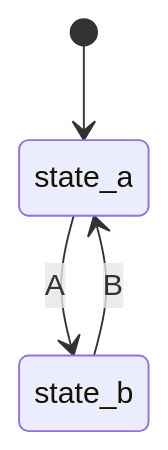
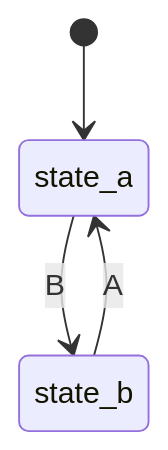
Before and after one commit to adel-mamin/amast: the first of 2 diagrams in README.md, drawn with Mermaid.

Commit message:
Fix FSM diagram in README.md

````diff
--- a/README.md
+++ b/README.md
@@ -22,7 +22,7 @@
 ```mermaid
 stateDiagram-v2
     [*] --> state_a
 
-    state_a --> state_b : A
-    state_b --> state_a : B
+    state_a --> state_b : B
+    state_b --> state_a : A
 ```
````
